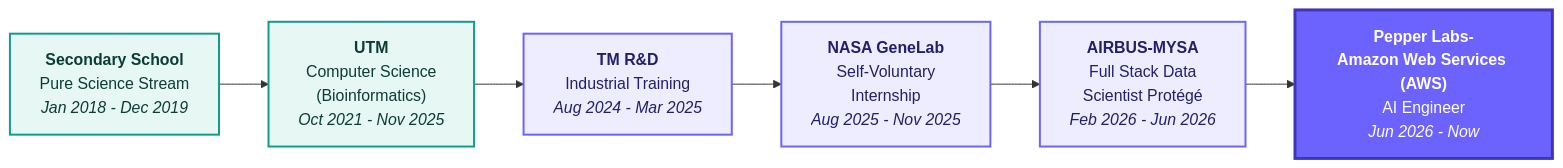
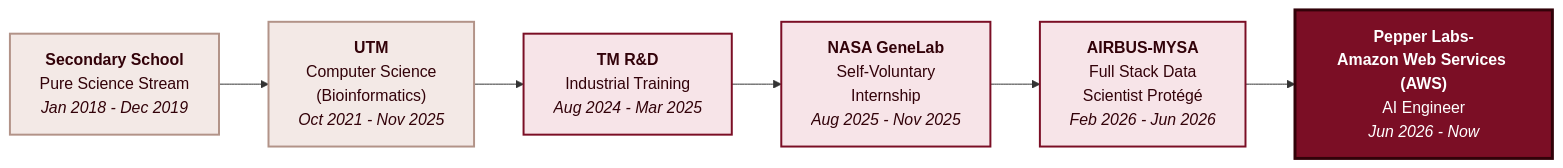
One commit to aisyahmnadzri/aisyahmnadzri changed the diagram in README.md. Above: the diagram before and after it, drawn with Mermaid. The commit also changed other lines of this file, not shown here.

````diff
--- a/README.md
+++ b/README.md
@@ -33,15 +33,15 @@
 ```mermaid
 flowchart LR
     A["<b>Secondary School</b><br/>Pure Science Stream<br/><i>Jan 2018 - Dec 2019</i>"] --> B["<b>UTM</b><br/>Computer Science<br/>(Bioinformatics)<br/><i>Oct 2021 - Nov 2025</i>"]
     B --> C["<b>TM R&D</b><br/>Industrial Training<br/><i>Aug 2024 - Mar 2025</i>"]
     C --> D["<b>NASA GeneLab</b><br/>Self-Voluntary<br/>Internship<br/><i>Aug 2025 - Nov 2025</i>"]
     D --> E["<b>AIRBUS-MYSA</b><br/>Full Stack Data<br/>Scientist Protégé<br/><i>Feb 2026 - Jun 2026</i>"]
     E --> F["<b>Pepper Labs-<br/>Amazon Web Services (AWS)</b><br/>AI Engineer<br/><i>Jun 2026 - Now</i>"]
 
-    classDef edu fill:#E6F7F4,stroke:#0F9D8A,stroke-width:2px,color:#0B3D36;
-    classDef work fill:#EEEDFF,stroke:#6C63FF,stroke-width:2px,color:#241F6B;
-    classDef now fill:#6C63FF,stroke:#3D36B8,stroke-width:3px,color:#FFFFFF;
+    classDef edu fill:#F3E9E6,stroke:#B29388,stroke-width:2px,color:#320209;
+    classDef work fill:#F7E4E8,stroke:#7B0E25,stroke-width:2px,color:#320209;
+    classDef now fill:#7B0E25,stroke:#320209,stroke-width:3px,color:#FFFFFF;
     class A,B edu;
     class C,D,E work;
     class F now;
 ```
````
